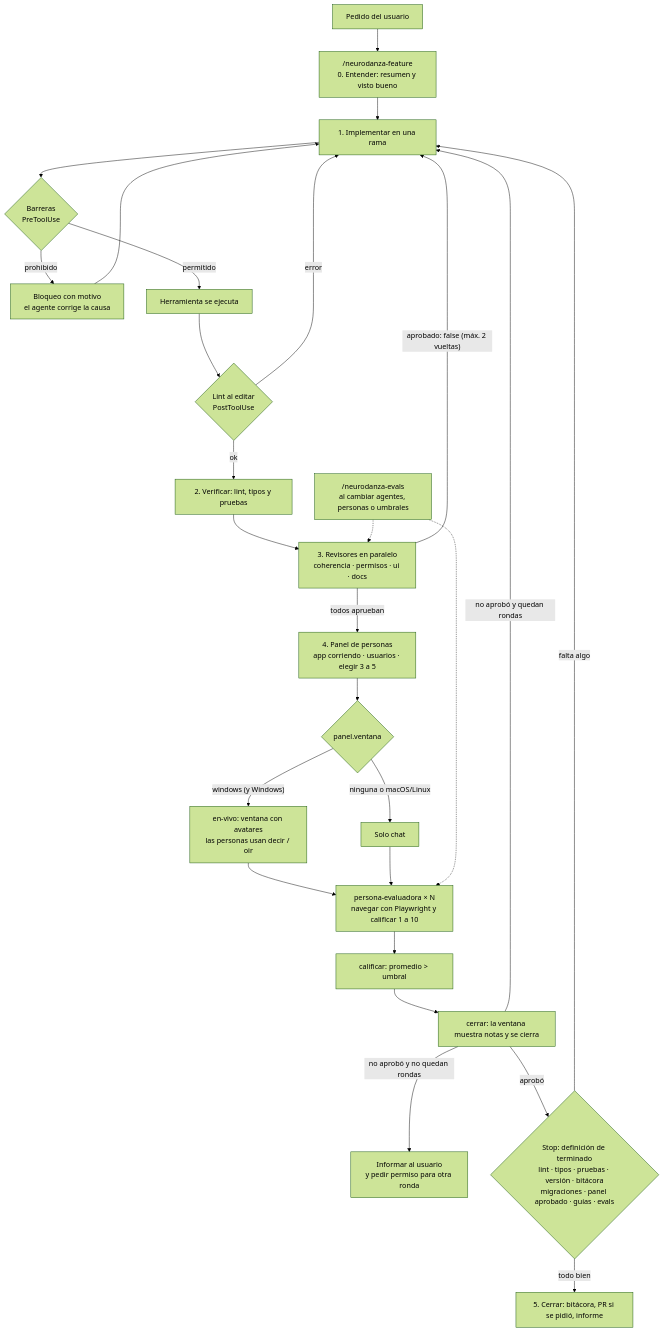
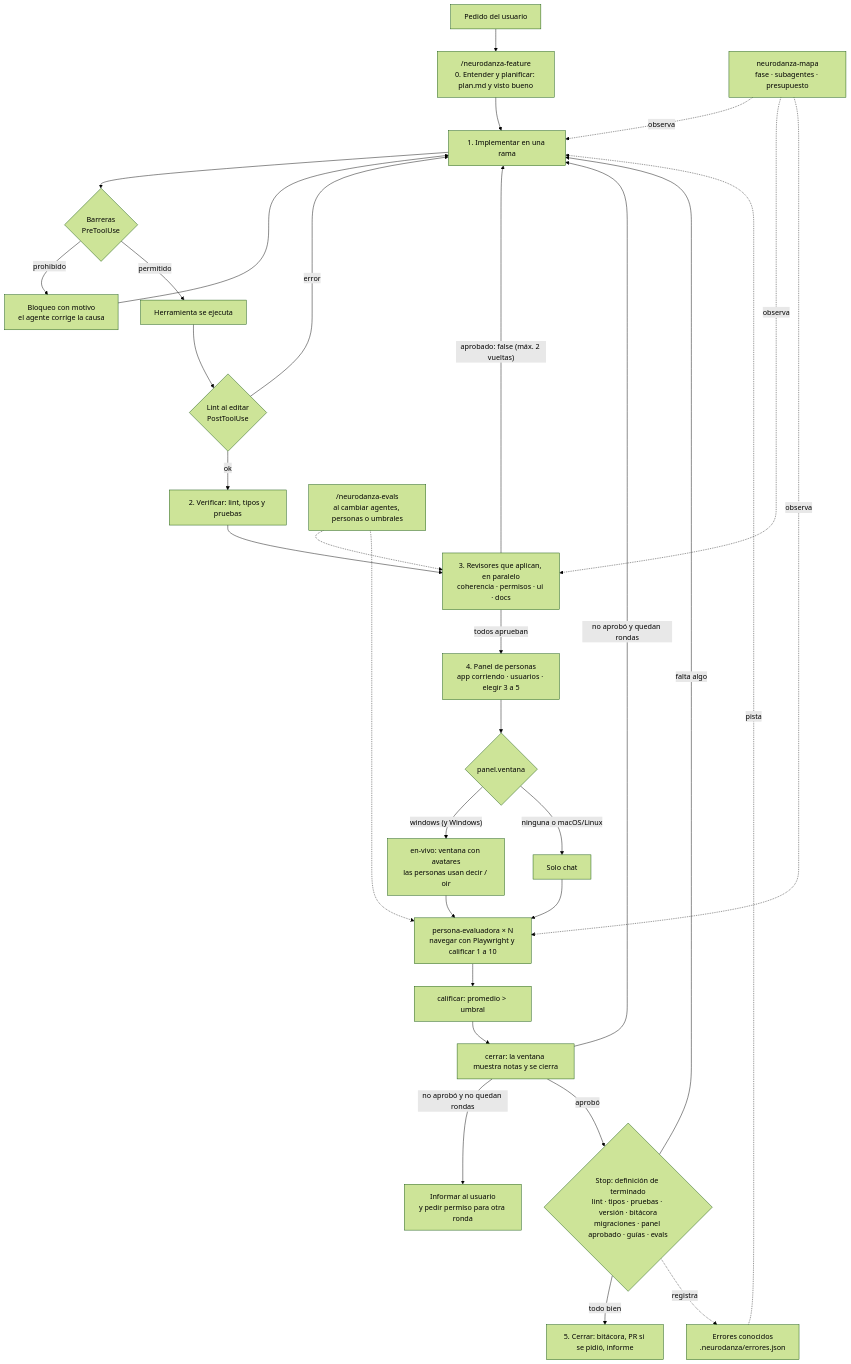
Before and after one commit to 2k12/neurodanza: the diagram in docs/01-como-funciona.md, drawn with Mermaid (forest theme). The commit also changed other lines of this file and 32 other files, not shown here.

First line of the commit message:
feat: mapa en vivo, planificador + ejecutor, errores conocidos y hook Stop más rápido (0.2.0)

````diff
--- a/docs/01-como-funciona.md
+++ b/docs/01-como-funciona.md
@@ -23,28 +26,33 @@
 ```mermaid
 flowchart TD
-    A[Pedido del usuario] --> B["/neurodanza-feature<br/>0. Entender: resumen y visto bueno"]
+    A[Pedido del usuario] --> B["/neurodanza-feature<br/>0. Entender y planificar: plan.md y visto bueno"]
     B --> C[1. Implementar en una rama]
     C --> G{"Barreras<br/>PreToolUse"}
     G -- prohibido --> GX[Bloqueo con motivo<br/>el agente corrige la causa] --> C
     G -- permitido --> H["Herramienta se ejecuta"]
     H --> L{"Lint al editar<br/>PostToolUse"}
     L -- error --> C
     L -- ok --> D[2. Verificar: lint, tipos y pruebas]
-    D --> R["3. Revisores en paralelo<br/>coherencia · permisos · ui · docs"]
+    D --> R["3. Revisores que aplican, en paralelo<br/>coherencia · permisos · ui · docs"]
     R -- "aprobado: false (máx. 2 vueltas)" --> C
     R -- todos aprueban --> P0["4. Panel de personas<br/>app corriendo · usuarios · elegir 3 a 5"]
     P0 --> V{"panel.ventana"}
     V -- "windows (y Windows)" --> VW["en-vivo: ventana con avatares<br/>las personas usan decir / oir"]
     V -- "ninguna o macOS/Linux" --> VC[Solo chat]
     VW --> N["persona-evaluadora × N<br/>navegar con Playwright y calificar 1 a 10"]
     VC --> N
     N --> S["calificar: promedio > umbral"]
     S --> X["cerrar: la ventana muestra notas y se cierra"]
     X -- no aprobó y quedan rondas --> C
     X -- no aprobó y no quedan rondas --> U[Informar al usuario<br/>y pedir permiso para otra ronda]
     X -- aprobó --> Z{"Stop: definición de terminado<br/>lint · tipos · pruebas · versión · bitácora<br/>migraciones · panel aprobado · guías · evals"}
     Z -- falta algo --> C
     Z -- todo bien --> F["5. Cerrar: bitácora, PR si se pidió, informe"]
+    M["neurodanza-mapa<br/>fase · subagentes · presupuesto"] -.observa.-> C
+    M -.observa.-> R
+    M -.observa.-> N
+    K["Errores conocidos<br/>.neurodanza/errores.json"] -.pista.-> C
+    Z -.registra.-> K
     E["/neurodanza-evals<br/>al cambiar agentes, personas o umbrales"] -.-> R
     E -.-> N
 ```
````
